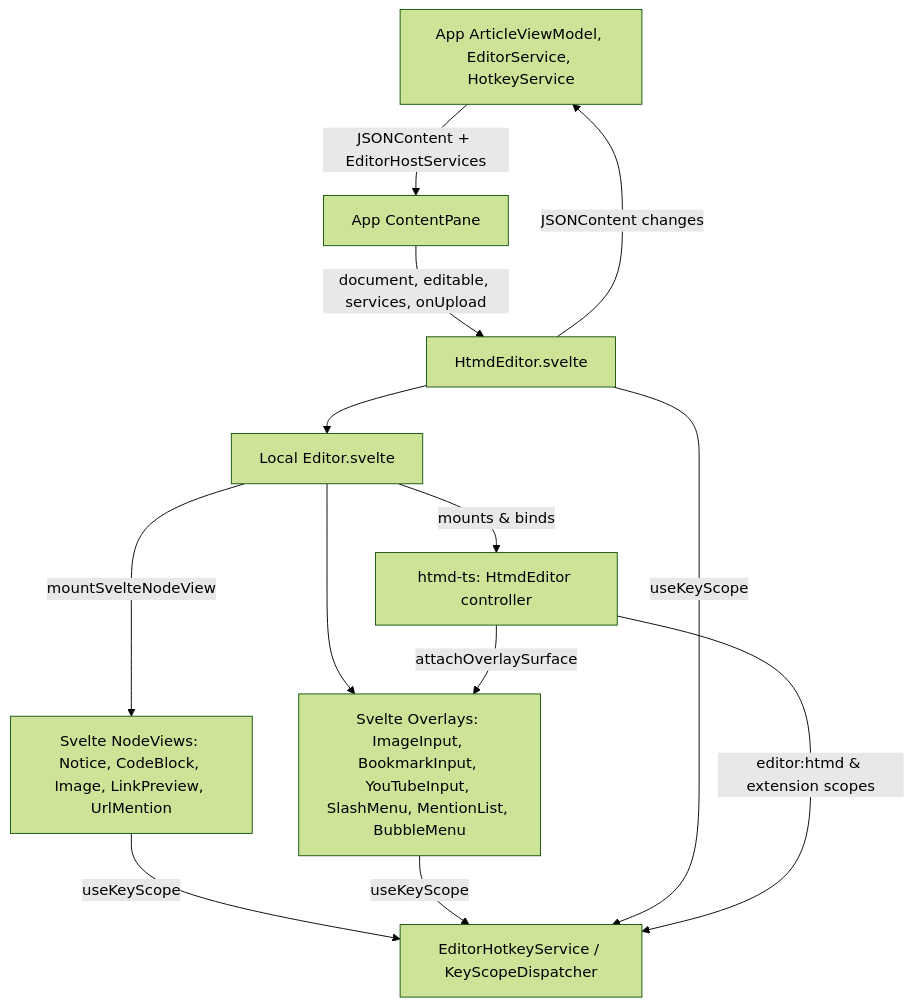
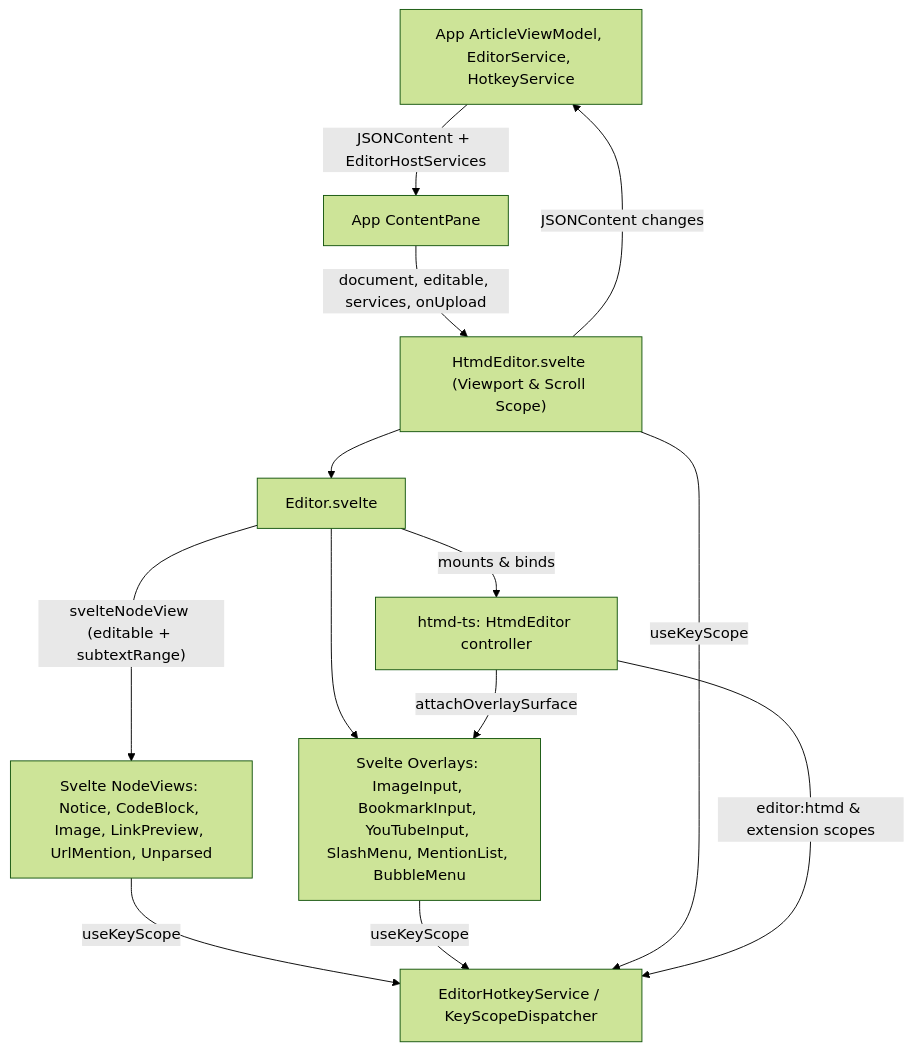
One commit to hypertextual/hypertextual changed the first of 3 diagrams in docs/architecture/ui/htmd-editor.md. Above: the diagram before and after it, drawn with Mermaid (forest theme). The commit also changed other lines of this file and 4 other files, not shown here.

Commit message:
docs(architecture): rewrite editor and extension docs in simple English with diagrams and tables

````diff
--- a/docs/architecture/ui/htmd-editor.md
+++ b/docs/architecture/ui/htmd-editor.md
@@ -29,13 +38,13 @@
 ```mermaid
 flowchart TD
-    app[App ArticleViewModel, EditorService, HotkeyService] -->|JSONContent + EditorHostServices| host[App ContentPane]
-    host -->|document, editable, services, onUpload| wrapper[HtmdEditor.svelte]
-    wrapper -->|JSONContent changes| app
-    wrapper --> view[Local Editor.svelte]
-    view -->|mounts & binds| controller[htmd-ts: HtmdEditor controller]
-    view -->|mountSvelteNodeView| nodeViews[Svelte NodeViews: Notice, CodeBlock, Image, LinkPreview, UrlMention]
-    view --> surfaces[Svelte Overlays: ImageInput, BookmarkInput, YouTubeInput, SlashMenu, MentionList, BubbleMenu]
-    nodeViews & surfaces & wrapper -->|useKeyScope| hotkeys[EditorHotkeyService / KeyScopeDispatcher]
-    controller -->|editor:htmd & extension scopes| hotkeys
-    controller -->|attachOverlaySurface| surfaces
+    app["App ArticleViewModel, EditorService, HotkeyService"] -->|"JSONContent + EditorHostServices"| host["App ContentPane"]
+    host -->|"document, editable, services, onUpload"| wrapper["HtmdEditor.svelte (Viewport & Scroll Scope)"]
+    wrapper -->|"JSONContent changes"| app
+    wrapper --> view["Editor.svelte"]
+    view -->|"mounts & binds"| controller["htmd-ts: HtmdEditor controller"]
+    view -->|"svelteNodeView (editable + subtextRange)"| nodeViews["Svelte NodeViews: Notice, CodeBlock, Image, LinkPreview, UrlMention, Unparsed"]
+    view --> surfaces["Svelte Overlays: ImageInput, BookmarkInput, YouTubeInput, SlashMenu, MentionList, BubbleMenu"]
+    nodeViews & surfaces & wrapper -->|"useKeyScope"| hotkeys["EditorHotkeyService / KeyScopeDispatcher"]
+    controller -->|"editor:htmd & extension scopes"| hotkeys
+    controller -->|"attachOverlaySurface"| surfaces
 ```
````
